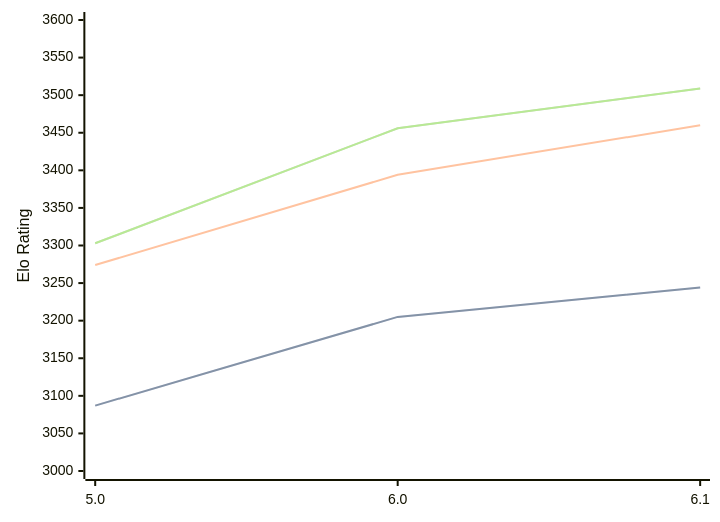
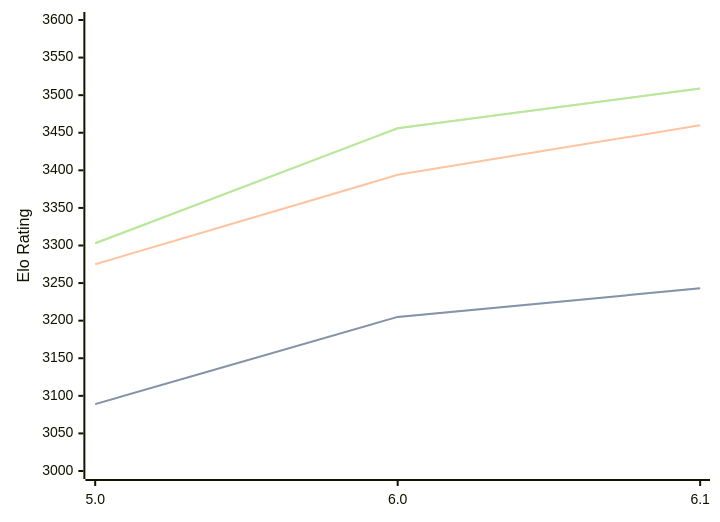
One commit to computer-chess-index/cci changed the diagram in engines/PZChessBot.md. Above: the diagram before and after it, drawn with Mermaid. The commit also changed other lines of this file, not shown here.

````diff
--- a/engines/PZChessBot.md
+++ b/engines/PZChessBot.md
@@ -39,11 +39,11 @@
 ```mermaid
 %%{init: {"theme":"base","themeVariables":{"seriesColors:['#a3a3a3','#222221','#faa371']}}}%%
 xychart-beta
   x-axis ["5.0", "6.0", "6.1"]
   y-axis "Elo Rating" 3000 --> 3600
-  line "STC (8.0+0.08s)" [3087, 3205, 3244]
-  line "STC (8.0+0.08s)" [3087, 3205, 3244]
-  line "LTC (60.0+0.60s)" [3274, 3394, 3460]
+  line "STC (8.0+0.08s)" [3089, 3205, 3243]
+  line "STC (8.0+0.08s)" [3089, 3205, 3243]
+  line "LTC (60.0+0.60s)" [3275, 3394, 3460]
   line "VLTC (2m24s+1.12s)" [3303, 3456, 3509]
   line "VLTC (2m24s+1.12s)" [3303, 3456, 3509]
 ```
````
